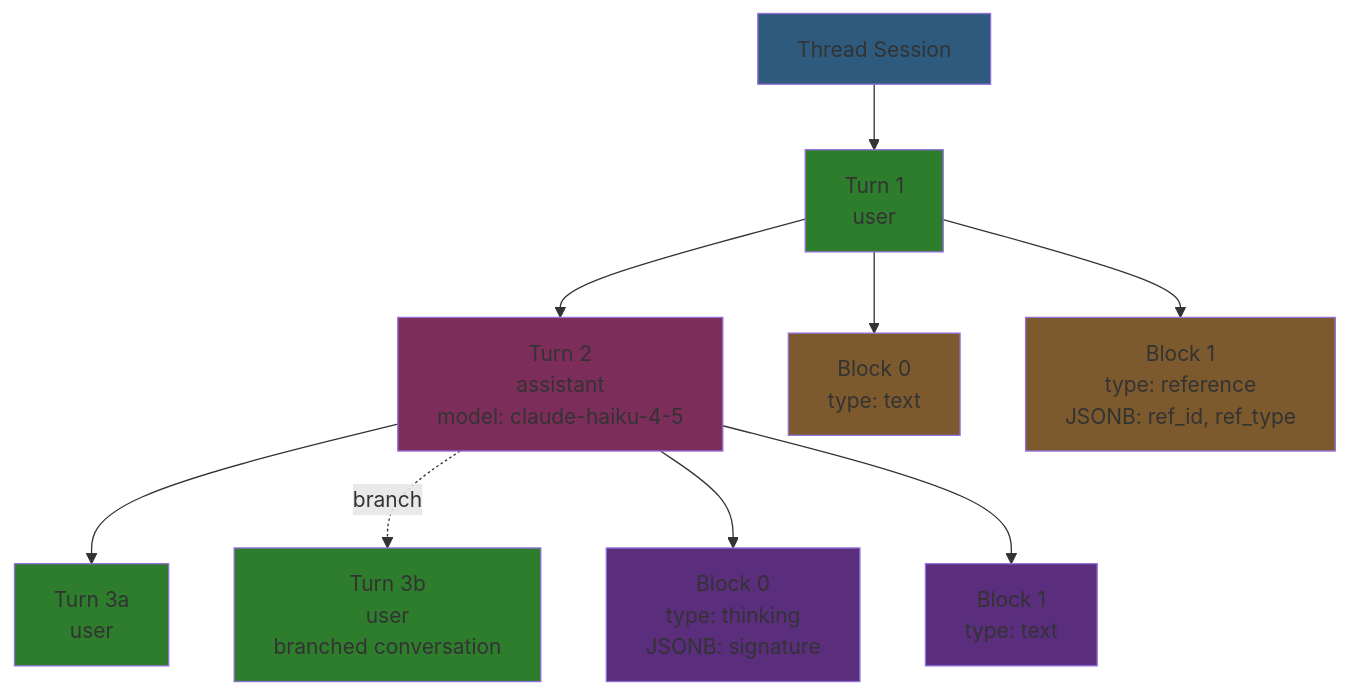
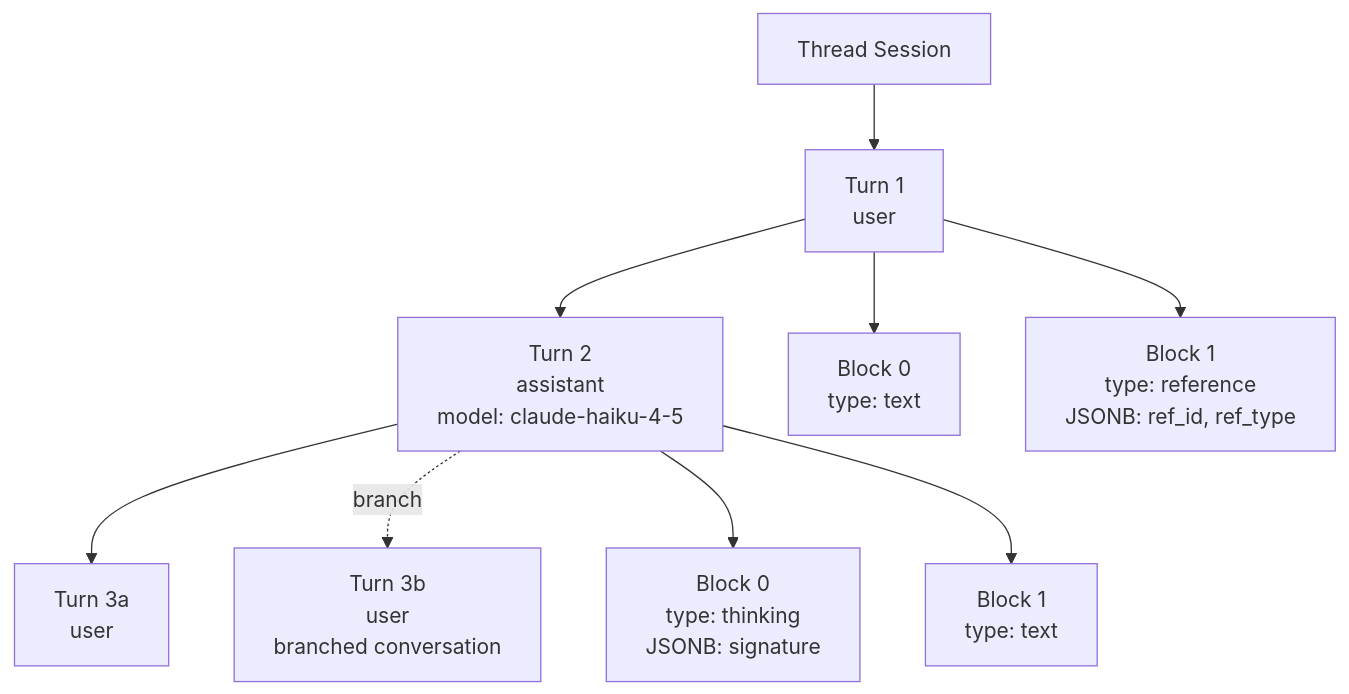
The second of 2 diagrams in _docs/technical/backend/database/schema.md (haowjy/meridian-flow), drawn with Mermaid before and after one commit. The commit also changed 46 other files, not shown here.

````diff
--- a/_docs/technical/backend/database/schema.md
+++ b/_docs/technical/backend/database/schema.md
@@ -203,31 +203,22 @@
 ```mermaid
 graph TB
     thread[Thread Session]
     turn1[Turn 1<br/>user]
     turn2[Turn 2<br/>assistant<br/>model: claude-haiku-4-5]
     turn3a[Turn 3a<br/>user]
     turn3b[Turn 3b<br/>user<br/>branched conversation]
     cb1_text[Block 0<br/>type: text]
     cb1_ref[Block 1<br/>type: reference<br/>JSONB: ref_id, ref_type]
     cb2_think[Block 0<br/>type: thinking<br/>JSONB: signature]
     cb2_text[Block 1<br/>type: text]
 
     thread --> turn1
     turn1 --> turn2
     turn2 --> turn3a
     turn2 -.branch.-> turn3b
     turn1 --> cb1_text
     turn1 --> cb1_ref
     turn2 --> cb2_think
     turn2 --> cb2_text
 
-    style thread fill:#2d5a7d
-    style turn1 fill:#2d7d2d
-    style turn2 fill:#7d2d5a
-    style turn3a fill:#2d7d2d
-    style turn3b fill:#2d7d2d
-    style cb1_text fill:#7d5a2d
-    style cb1_ref fill:#7d5a2d
-    style cb2_think fill:#5a2d7d
-    style cb2_text fill:#5a2d7d
 ```
````
